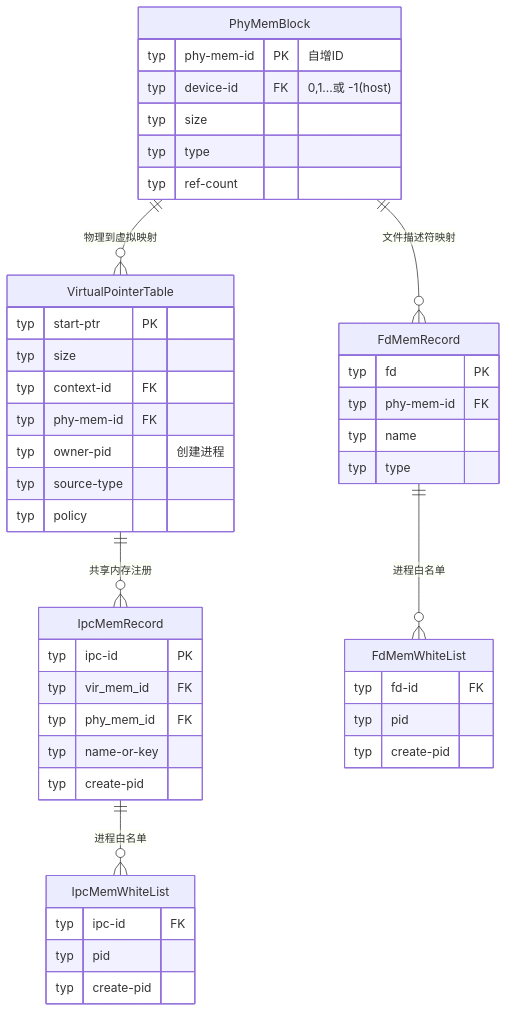
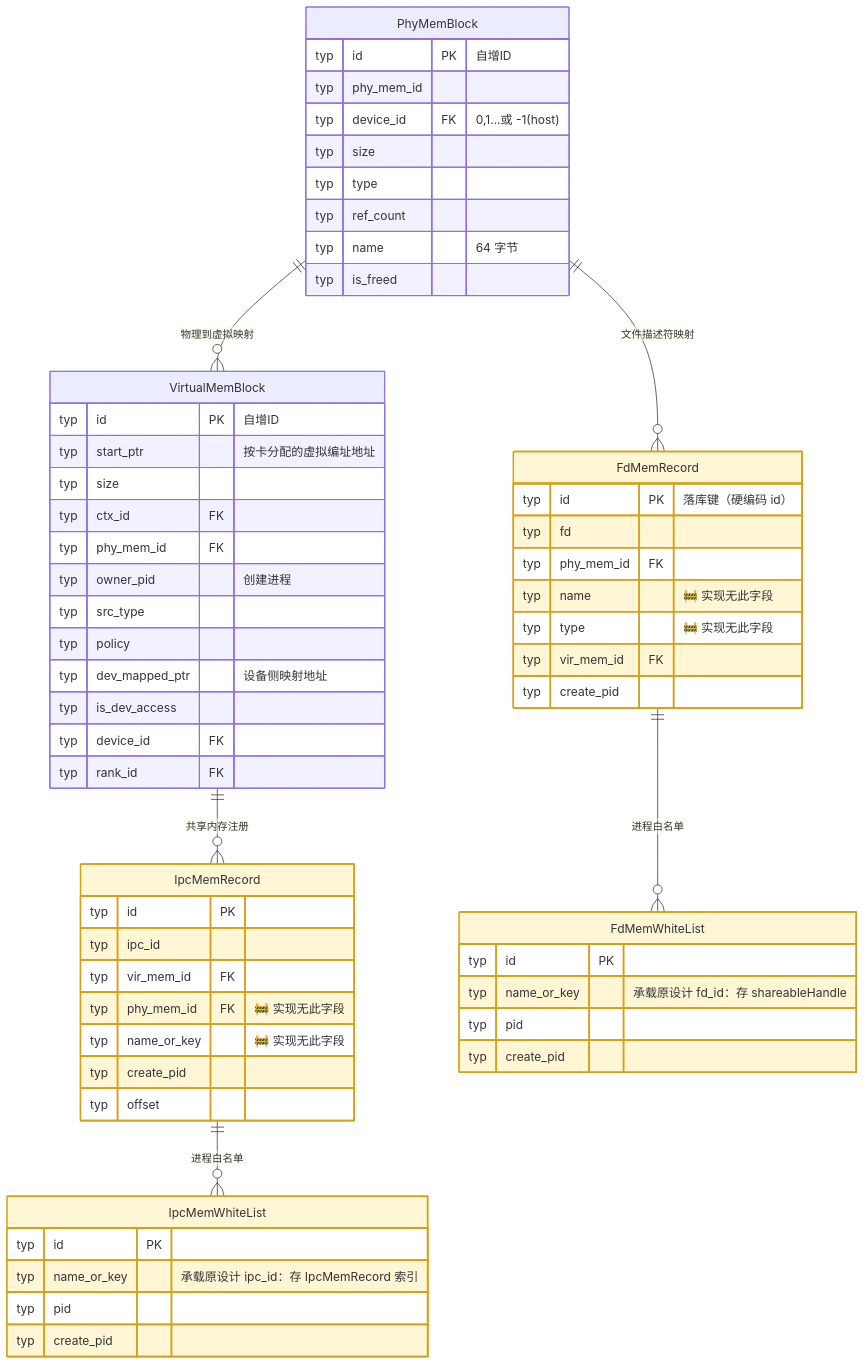
The fifth of 19 diagrams in test/hccl_vm/docs/simulator_runner_data_model.md (Fengfengst123/hcomm-mirror), drawn with Mermaid before and after one commit. The commit also changed other lines of this file and 701 other files, not shown here.

````diff
--- a/test/hccl_vm/docs/simulator_runner_data_model.md
+++ b/test/hccl_vm/docs/simulator_runner_data_model.md
@@ -364,58 +474,78 @@
 ```mermaid
 erDiagram
-    PhyMemBlock ||--o{ VirtualPointerTable : "物理到虚拟映射"
+    %% 🧠 可进程私有：IpcMemRecord / IpcMemWhiteList / FdMemWhiteList（仅 src/proxy 访问）
+    %% FdMemRecord 仅 cmd 转储、无写入方（空表）
+    PhyMemBlock ||--o{ VirtualMemBlock : "物理到虚拟映射"
     PhyMemBlock ||--o{ FdMemRecord : "文件描述符映射"
     PhyMemBlock {
-        typ phy-mem-id PK "自增ID"
-        typ device-id FK "0,1...或 -1(host)"
+        typ id PK "自增ID"
+        typ phy_mem_id
+        typ device_id FK "0,1...或 -1(host)"
         typ size
-        typ type 
-        typ ref-count
+        typ type
+        typ ref_count
+        typ name "64 字节"
+        typ is_freed
     }
 
-    VirtualPointerTable {
-        typ start-ptr PK
+    VirtualMemBlock {
+        typ id PK "自增ID"
+        typ start_ptr "按卡分配的虚拟编址地址"
         typ size
-        typ context-id FK
-        typ phy-mem-id FK
-        typ owner-pid  "创建进程"
-        typ source-type ""
+        typ ctx_id FK
+        typ phy_mem_id FK
+        typ owner_pid "创建进程"
+        typ src_type ""
         typ policy
+        typ dev_mapped_ptr "设备侧映射地址"
+        typ is_dev_access
+        typ device_id FK
+        typ rank_id FK
     }
 
-    VirtualPointerTable ||--o{ IpcMemRecord : "共享内存注册"
+    VirtualMemBlock ||--o{ IpcMemRecord : "共享内存注册"
     IpcMemRecord {
-        typ ipc-id PK
+        typ id PK
+        typ ipc_id
         typ vir_mem_id FK
-        typ phy_mem_id FK
-        typ name-or-key
-        typ create-pid
+        typ phy_mem_id FK "🚧 实现无此字段"
+        typ name_or_key "🚧 实现无此字段"
+        typ create_pid
+        typ offset
     }
 
     IpcMemRecord ||--o{ IpcMemWhiteList : "进程白名单"
     IpcMemWhiteList {
-        typ ipc-id FK
+        typ id PK
+        typ name_or_key "承载原设计 ipc_id：存 IpcMemRecord 索引"
         typ pid
-        typ create-pid
+        typ create_pid
     }
 
     FdMemRecord {
-        typ fd PK
-        typ phy-mem-id FK
-        typ name
-        typ type
+        typ id PK "落库键（硬编码 id）"
+        typ fd
+        typ phy_mem_id FK
+        typ name "🚧 实现无此字段"
+        typ type "🚧 实现无此字段"
+        typ vir_mem_id FK
+        typ create_pid
     }
 
     FdMemRecord ||--o{ FdMemWhiteList : "进程白名单"
     FdMemWhiteList {
-        typ fd-id FK
+        typ id PK
+        typ name_or_key "承载原设计 fd_id：存 shareableHandle"
         typ pid
-        typ create-pid
+        typ create_pid
     }
 
-    %%VirtualPointerTable ||--o{ MemMapRecord : "映射关系"
+    %%VirtualMemBlock ||--o{ MemMapRecord : "映射关系"
     %%MemMapRecord {
     %%    typ ptr FK
-    %%    typ phy-mem-id FK
+    %%    typ phy_mem_id FK
     %%}
+
+    classDef inproc fill:#fff6d6,stroke:#d4a017,stroke-width:2px
+    class IpcMemRecord,IpcMemWhiteList,FdMemRecord,FdMemWhiteList inproc
 ```
````
